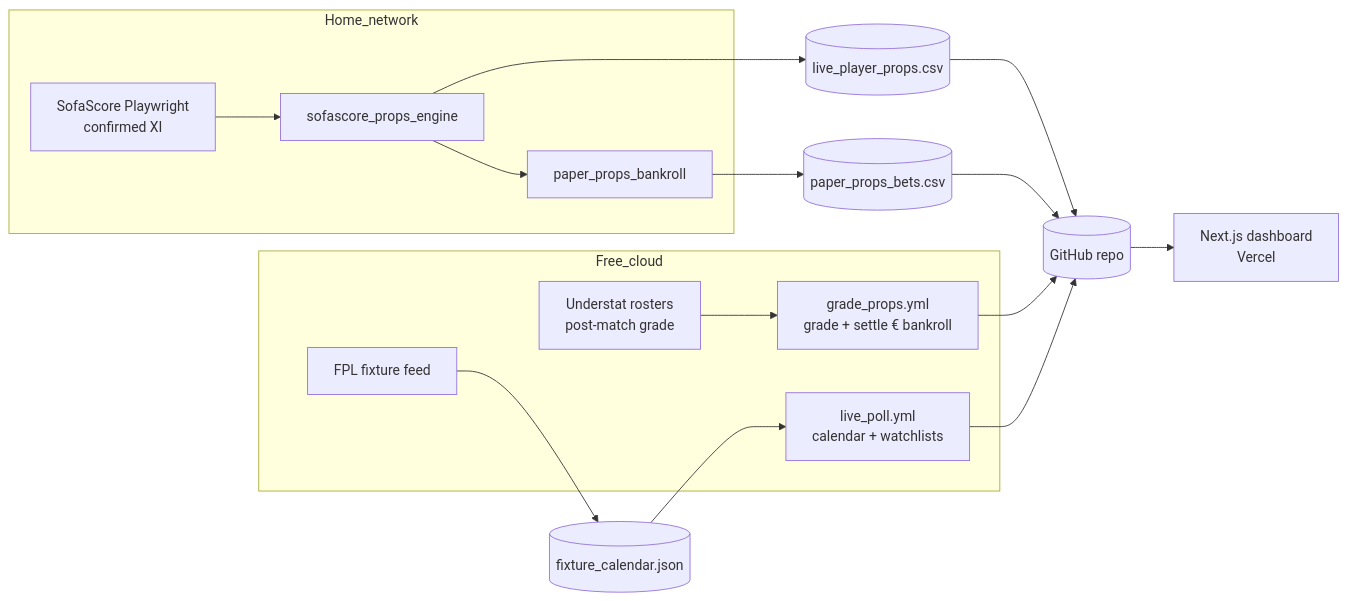
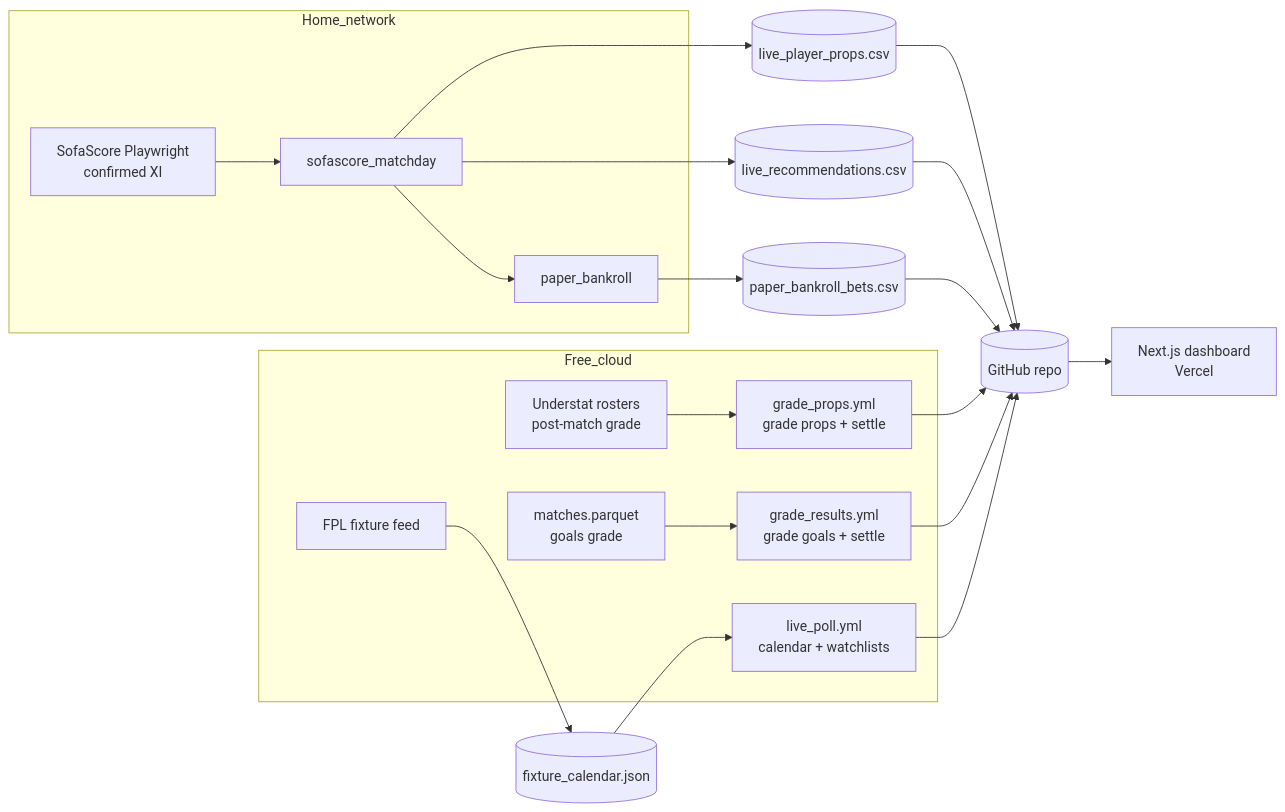
Before and after one commit to tanamsethi31/footymodel: the diagram in README.md, drawn with Mermaid. The commit also changed other lines of this file and 25 other files, not shown here.

First line of the commit message:
Re-enable goals O/U on shared €100 paper bankroll

````diff
--- a/README.md
+++ b/README.md
@@ -77,28 +78,34 @@
 ```mermaid
 flowchart LR
     subgraph Free_cloud
         FPL[FPL fixture feed]
         US[Understat rosters<br/>post-match grade]
+        MP[matches.parquet<br/>goals grade]
         GH1[live_poll.yml<br/>calendar + watchlists]
-        GH2[grade_props.yml<br/>grade + settle € bankroll]
+        GH2[grade_props.yml<br/>grade props + settle]
+        GH3[grade_results.yml<br/>grade goals + settle]
     end
 
     subgraph Home_network
         SS[SofaScore Playwright<br/>confirmed XI]
-        ENG[sofascore_props_engine]
-        PB[paper_props_bankroll]
+        MD[sofascore_matchday]
+        PB[paper_bankroll]
     end
 
     FPL --> CAL[(fixture_calendar.json)]
     CAL --> GH1
     GH1 --> REPO[(GitHub repo)]
-    SS --> ENG
-    ENG --> PROPS[(live_player_props.csv)]
-    ENG --> PB
-    PB --> BETS[(paper_props_bets.csv)]
+    SS --> MD
+    MD --> PROPS[(live_player_props.csv)]
+    MD --> RECS[(live_recommendations.csv)]
+    MD --> PB
+    PB --> BETS[(paper_bankroll_bets.csv)]
     PROPS --> REPO
+    RECS --> REPO
     BETS --> REPO
     US --> GH2
+    MP --> GH3
     GH2 --> REPO
+    GH3 --> REPO
     REPO --> DASH[Next.js dashboard<br/>Vercel]
 ```
````
